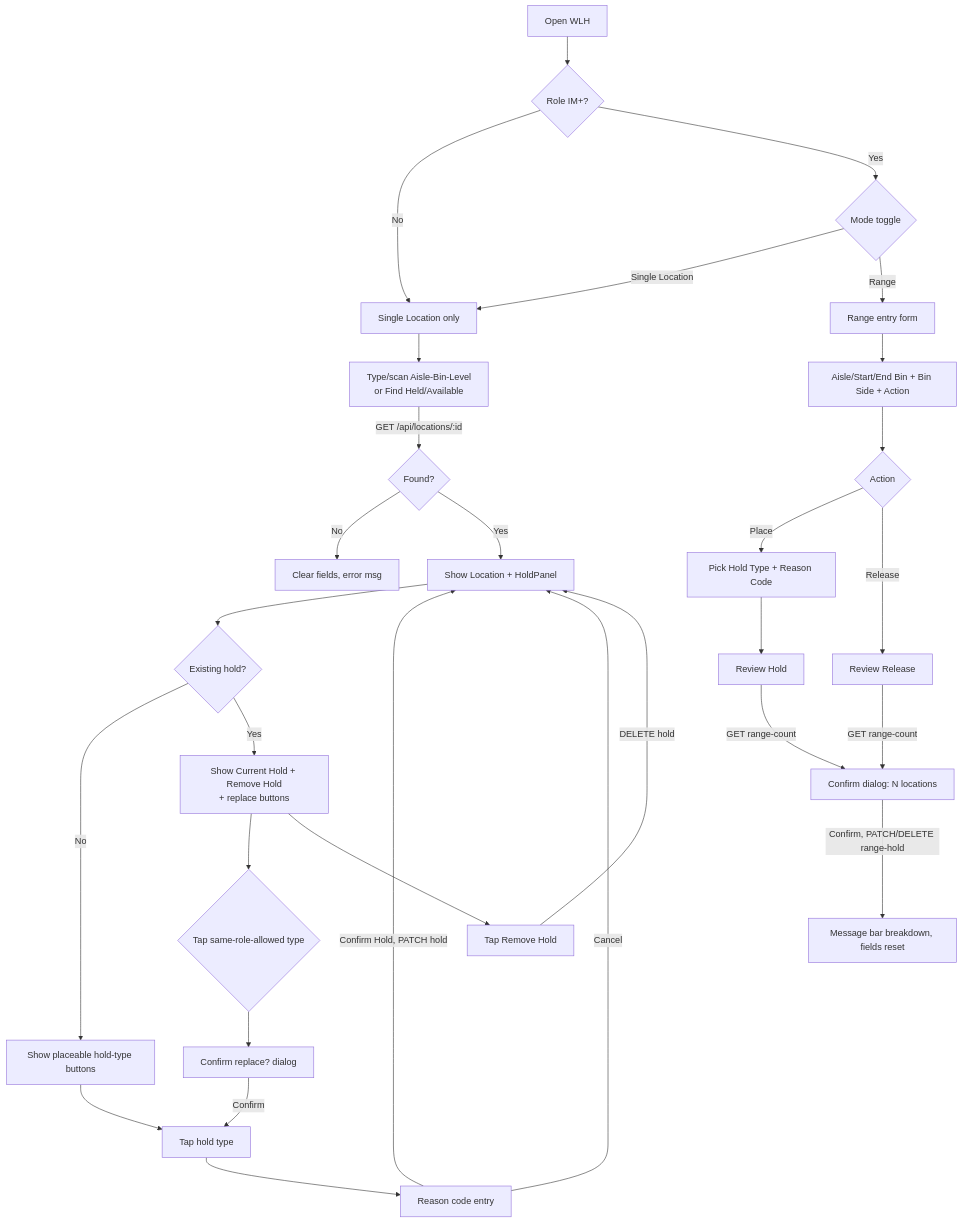
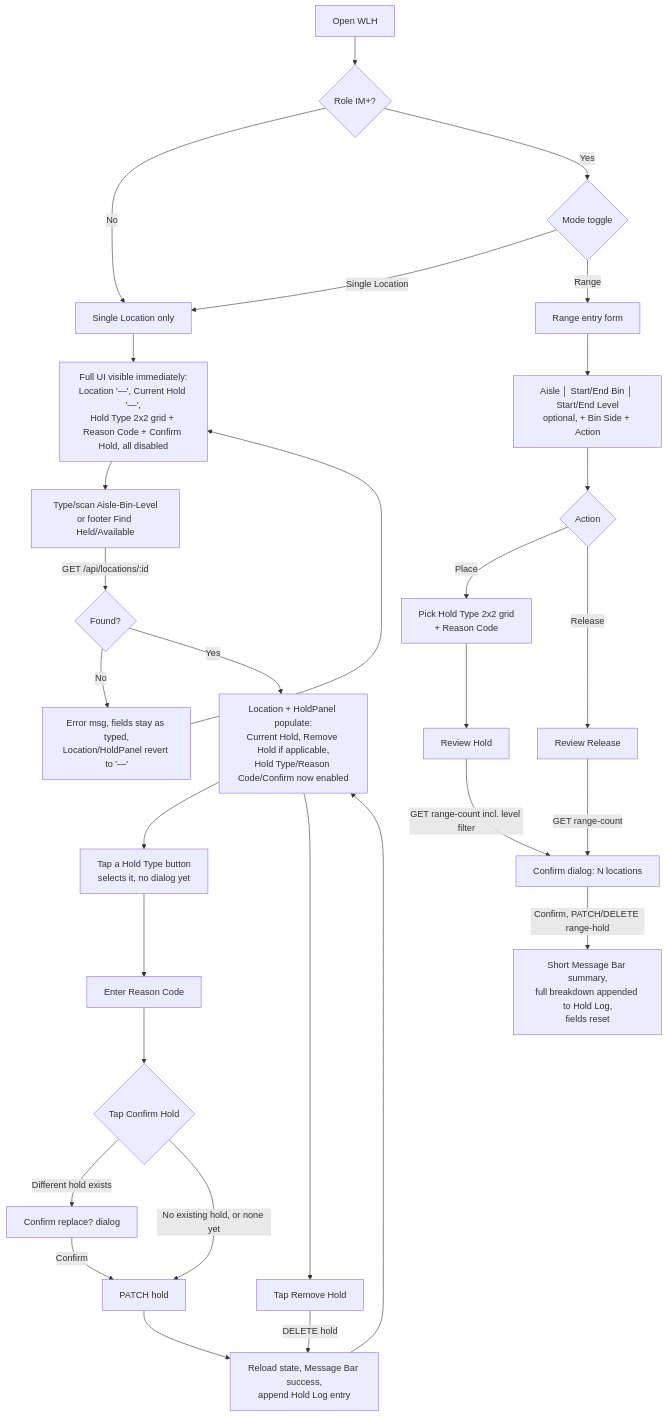
Before and after one commit to BobbyJoeCool/PalletIQ: the diagram in Documentation/ScreenSpecs/WLH.md, drawn with Mermaid. The commit also changed other lines of this file and 7 other files, not shown here.

First line of the commit message:
Ship v1.6.10: WLH fix list, HoldPanel redesign, and session Hold Log

````diff
--- a/Documentation/ScreenSpecs/WLH.md
+++ b/Documentation/ScreenSpecs/WLH.md
@@ -125,34 +132,34 @@
 ```mermaid
 flowchart TD
     A[Open WLH] --> B{Role IM+?}
     B -- No --> C[Single Location only]
     B -- Yes --> D{Mode toggle}
     D -- Single Location --> C
     D -- Range --> R1[Range entry form]
 
-    C --> C1[Type/scan Aisle-Bin-Level<br/>or Find Held/Available]
+    C --> C0[Full UI visible immediately:<br/>Location '—', Current Hold '—',<br/>Hold Type 2x2 grid + Reason Code + Confirm Hold, all disabled]
+    C0 --> C1[Type/scan Aisle-Bin-Level<br/>or footer Find Held/Available]
     C1 -->|GET /api/locations/:id| C2{Found?}
-    C2 -- No --> C3[Clear fields, error msg]
-    C2 -- Yes --> C4[Show Location + HoldPanel]
-    C4 --> C5{Existing hold?}
-    C5 -- No --> C6[Show placeable hold-type buttons]
-    C5 -- Yes --> C7[Show Current Hold + Remove Hold<br/>+ replace buttons]
-    C6 --> C8[Tap hold type]
-    C7 --> C9{Tap same-role-allowed type}
-    C9 --> C10[Confirm replace? dialog]
-    C10 -- Confirm --> C8
-    C7 --> C11[Tap Remove Hold]
-    C11 -->|DELETE hold| C4
-    C8 --> C12[Reason code entry]
-    C12 -->|Confirm Hold, PATCH hold| C4
-    C12 -->|Cancel| C4
+    C2 -- No --> C3[Error msg, fields stay as typed,<br/>Location/HoldPanel revert to '—']
+    C3 --> C0
+    C2 -- Yes --> C4[Location + HoldPanel populate:<br/>Current Hold, Remove Hold if applicable,<br/>Hold Type/Reason Code/Confirm now enabled]
+    C4 --> C5[Tap a Hold Type button<br/>selects it, no dialog yet]
+    C5 --> C6[Enter Reason Code]
+    C6 --> C7{Tap Confirm Hold}
+    C7 -- Different hold exists --> C8[Confirm replace? dialog]
+    C8 -- Confirm --> C9
+    C7 -- No existing hold, or none yet --> C9[PATCH hold]
+    C9 --> C10[Reload state, Message Bar success,<br/>append Hold Log entry]
+    C10 --> C4
+    C4 --> C11[Tap Remove Hold]
+    C11 -->|DELETE hold| C10
 
-    R1 --> R2[Aisle/Start/End Bin + Bin Side + Action]
+    R1 --> R2[Aisle │ Start/End Bin │ Start/End Level<br/>optional, + Bin Side + Action]
     R2 --> R3{Action}
-    R3 -- Place --> R4[Pick Hold Type + Reason Code]
+    R3 -- Place --> R4[Pick Hold Type 2x2 grid<br/>+ Reason Code]
     R3 -- Release --> R5[Review Release]
     R4 --> R5b[Review Hold]
-    R5b -->|GET range-count| R6[Confirm dialog: N locations]
+    R5b -->|GET range-count incl. level filter| R6[Confirm dialog: N locations]
     R5 -->|GET range-count| R6
-    R6 -->|Confirm, PATCH/DELETE range-hold| R7[Message bar breakdown, fields reset]
+    R6 -->|Confirm, PATCH/DELETE range-hold| R7[Short Message Bar summary,<br/>full breakdown appended to Hold Log,<br/>fields reset]
 ```
````
